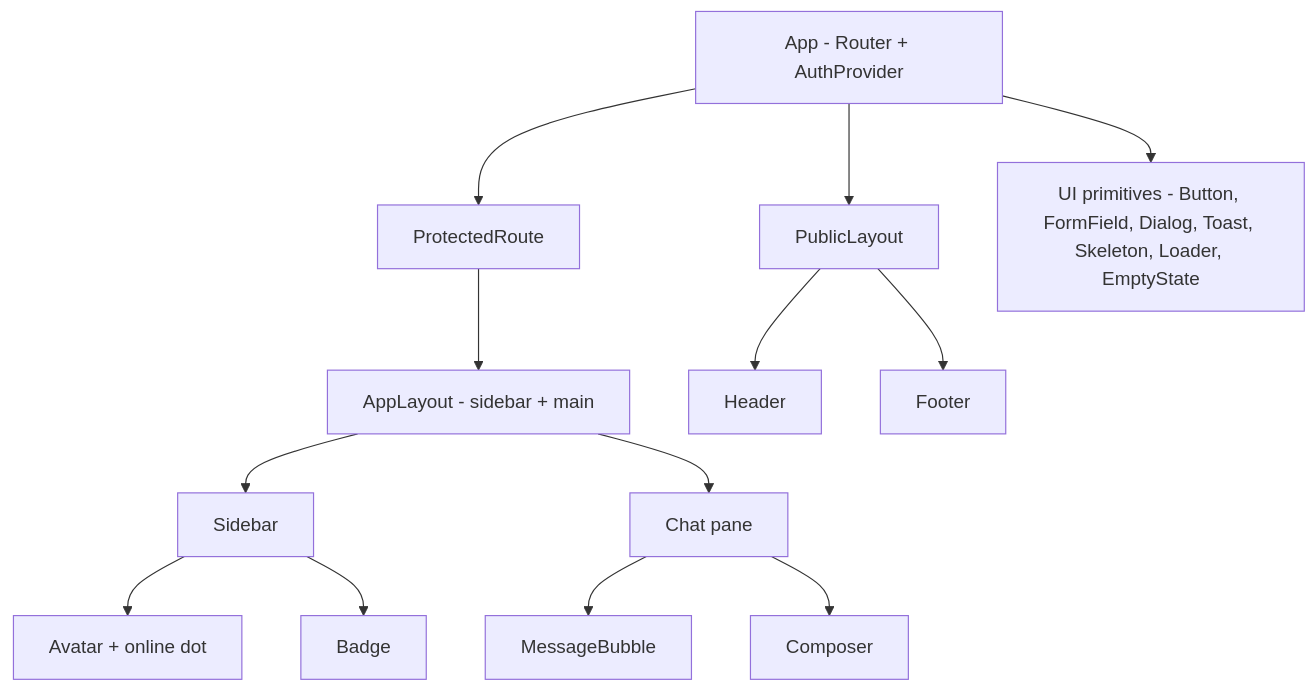
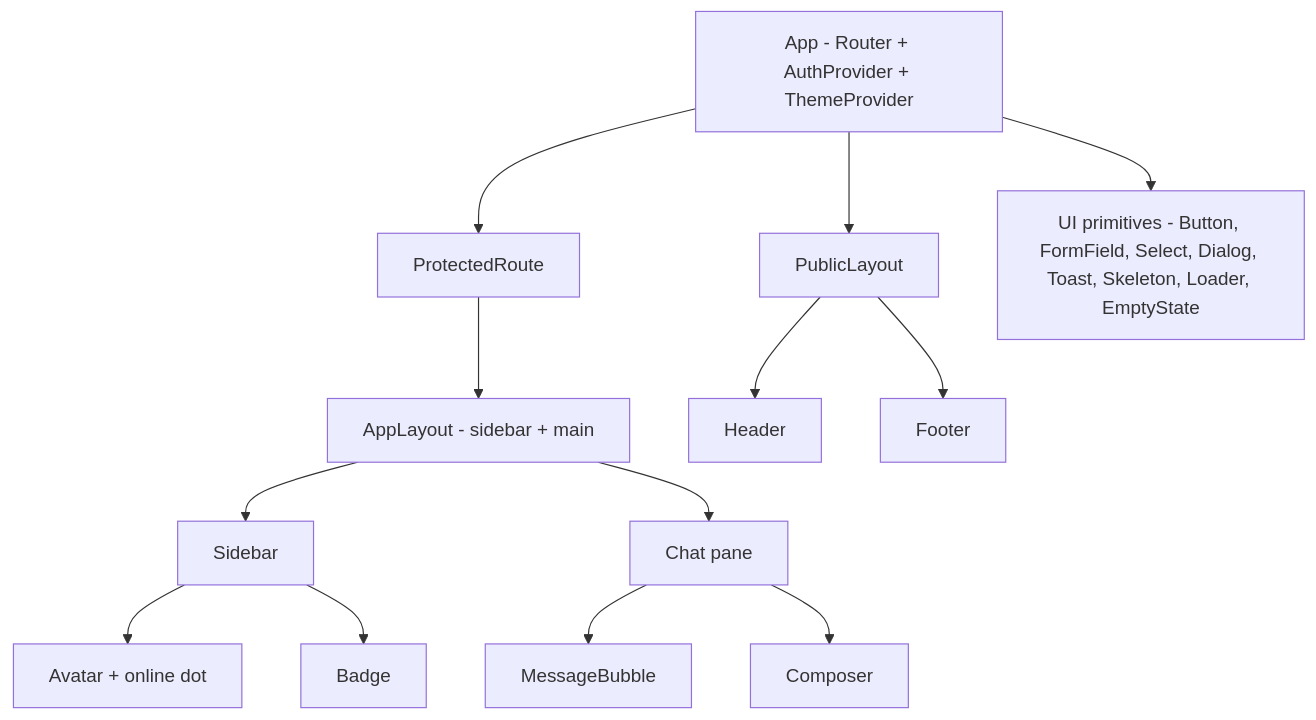
Before and after one commit to prashantdevelopment/OpenChat: the sixth of 7 diagrams in docs/PROJECT_PLAN.md, drawn with Mermaid. The commit also changed other lines of this file and 6 other files, not shown here.

````diff
--- a/docs/PROJECT_PLAN.md
+++ b/docs/PROJECT_PLAN.md
@@ -156,15 +160,15 @@
 ```mermaid
 flowchart TD
-    root["App - Router + AuthProvider"] --> pub["PublicLayout"]
+    root["App - Router + AuthProvider + ThemeProvider"] --> pub["PublicLayout"]
     root --> prot["ProtectedRoute"]
     prot --> applayout["AppLayout - sidebar + main"]
     pub --> header["Header"]
     pub --> footer["Footer"]
     applayout --> sidebar["Sidebar"]
     applayout --> chatpane["Chat pane"]
     sidebar --> avatar["Avatar + online dot"]
     sidebar --> badge["Badge"]
     chatpane --> bubble["MessageBubble"]
     chatpane --> composer["Composer"]
-    root --> ui["UI primitives - Button, FormField, Dialog, Toast, Skeleton, Loader, EmptyState"]
+    root --> ui["UI primitives - Button, FormField, Select, Dialog, Toast, Skeleton, Loader, EmptyState"]
 ```
````
